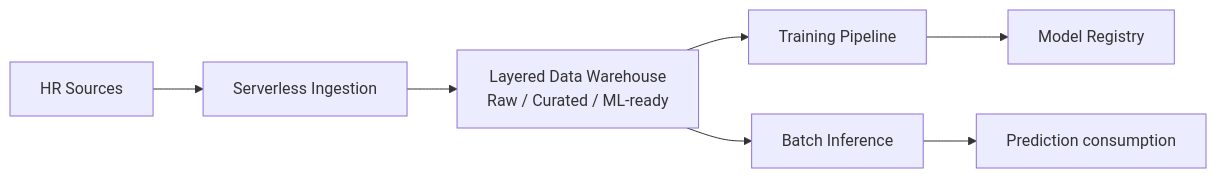
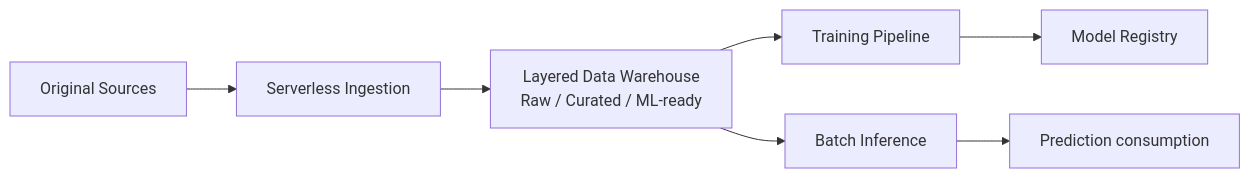
Before and after one commit to ygs1629/Rare-event-driven-MLOps: the first of 5 diagrams in README.md, drawn with Mermaid. The commit also changed other lines of this file, not shown here.

````diff
--- a/README.md
+++ b/README.md
@@ -45,9 +23,9 @@
 ```mermaid
 flowchart LR
-  A[HR Sources] --> B[Serverless Ingestion]
+  A[Original Sources] --> B[Serverless Ingestion]
   B --> C[Layered Data Warehouse<br/>Raw / Curated / ML-ready]
   C --> D[Training Pipeline]
   C --> E[Batch Inference]
   D --> F[Model Registry]
   E --> G[Prediction consumption]
 ```
````
